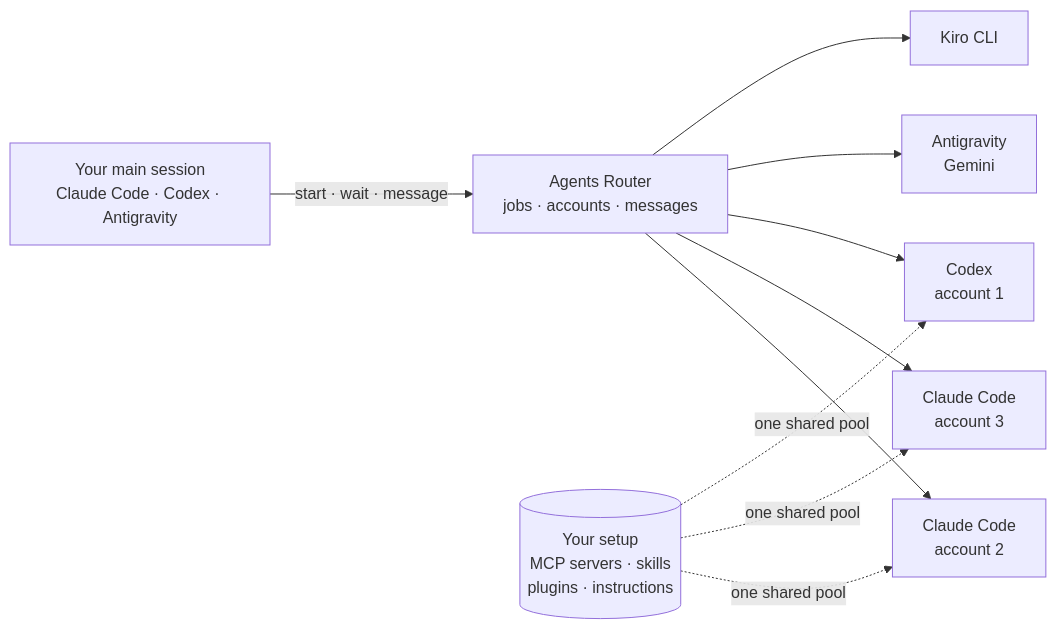
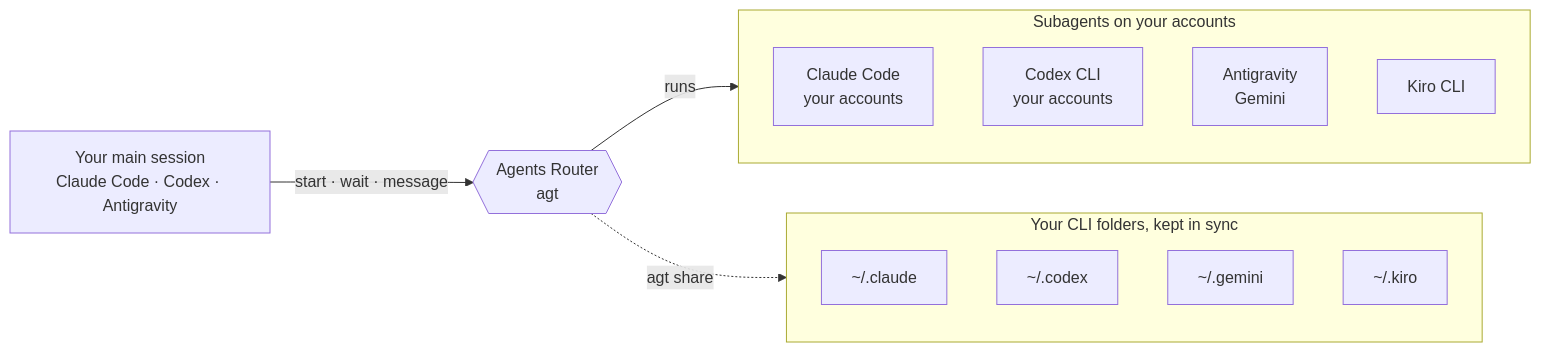
One commit to Watcharagorn/agents-router changed the first of 3 diagrams in README.md. Above: the diagram before and after it, drawn with Mermaid. The commit also changed other lines of this file, not shown here.

First line of the commit message:
README: diagrams and tables in place of most prose

````diff
--- a/README.md
+++ b/README.md
@@ -17,15 +10,22 @@
 ```mermaid
 flowchart LR
-    host["Your main session<br/>Claude Code · Codex · Antigravity"]
-    core["Agents Router<br/>jobs · accounts · messages"]
-    shared[("Your setup<br/>MCP servers · skills<br/>plugins · instructions")]
-    w1["Claude Code<br/>account 2"]
-    w2["Claude Code<br/>account 3"]
-    w3["Codex<br/>account 1"]
-    w4["Antigravity<br/>Gemini"]
-    w5["Kiro CLI"]
-
-    host -- "start · wait · message" --> core
-    core --> w1 & w2 & w3 & w4 & w5
-    shared -. "one shared pool" .-> w1 & w2 & w3
+    main["Your main session<br/>Claude Code · Codex · Antigravity"]
+    agt{{"Agents Router<br/>agt"}}
+    subgraph jobs["Subagents on your accounts"]
+        direction TB
+        w1["Claude Code<br/>your accounts"]
+        w2["Codex CLI<br/>your accounts"]
+        w3["Antigravity<br/>Gemini"]
+        w4["Kiro CLI"]
+    end
+    subgraph cfg["Your CLI folders, kept in sync"]
+        direction TB
+        f1["~/.claude"]
+        f2["~/.codex"]
+        f3["~/.gemini"]
+        f4["~/.kiro"]
+    end
+    main -- "start · wait · message" --> agt
+    agt -- "runs" --> jobs
+    agt -. "agt share" .-> cfg
 ```
````
